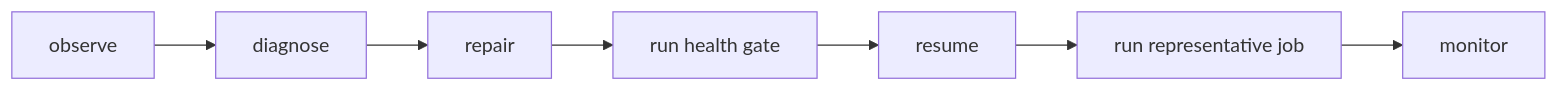
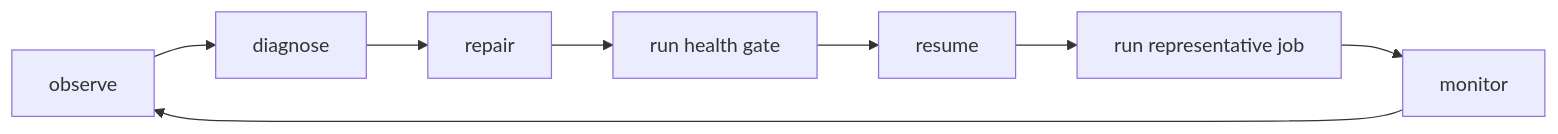
One commit to jithinpnjm/nvidia-devops changed the second of 2 diagrams in docs/volume-10/00c-slurm-bcm-interview-lab.md. Above: the diagram before and after it, drawn with Mermaid. The commit also changed 99 other files, not shown here.

````diff
--- a/docs/volume-10/00c-slurm-bcm-interview-lab.md
+++ b/docs/volume-10/00c-slurm-bcm-interview-lab.md
@@ -88,17 +88,6 @@
 ```mermaid
 flowchart LR
-  %% Converted from the original ASCII diagram; source wording is preserved.
-  n0["observe"]
-  n1["diagnose"]
-  n2["repair"]
-  n3["run health gate"]
-  n4["resume"]
-  n5["run representative job"]
-  n6["monitor"]
-  n0 --> n1
-  n1 --> n2
-  n2 --> n3
-  n3 --> n4
-  n4 --> n5
-  n5 --> n6
+  Observe["observe"] --> Diagnose["diagnose"] --> Repair["repair"] --> Gate["run health gate"]
+  Gate --> Resume["resume"] --> Job["run representative job"] --> Monitor["monitor"]
+  Monitor --> Observe
 ```
````
